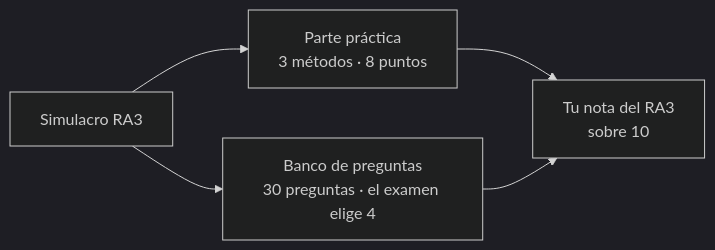
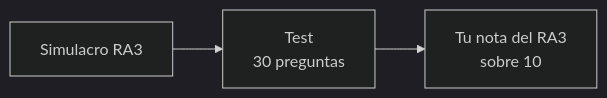
Before and after one commit to campusdevfp/sost2627: diagram 14 of 14 in docs/ut3/index.md, drawn with Mermaid (dark theme). The commit also changed other lines of this file and 11 other files, not shown here.

````diff
--- a/docs/ut3/index.md
+++ b/docs/ut3/index.md
@@ -414,7 +521,4 @@
 ```mermaid
 flowchart LR
-    S["Simulacro RA3"] --> P["Parte práctica<br/>3 métodos · 8 puntos"]
-    S --> T["Banco de preguntas<br/>30 preguntas · el examen elige 4"]
-    P --> N["Tu nota del RA3<br/>sobre 10"]
-    T --> N
+    S["Simulacro RA3"] --> T["Test<br/>30 preguntas"] --> N["Tu nota del RA3<br/>sobre 10"]
 ```
````
